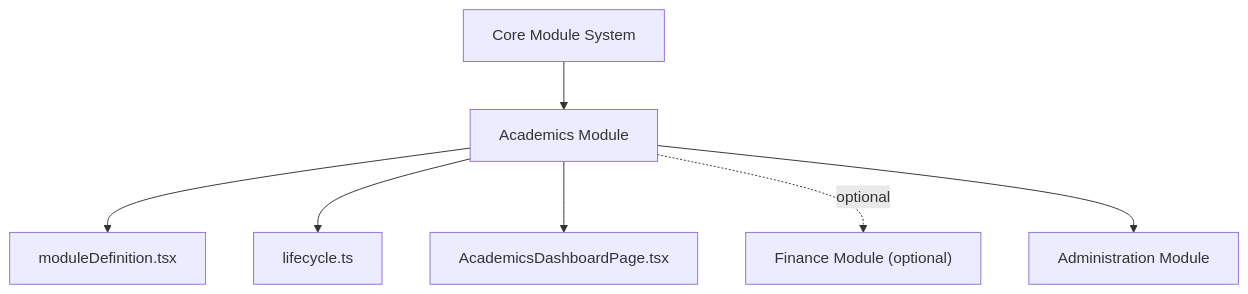
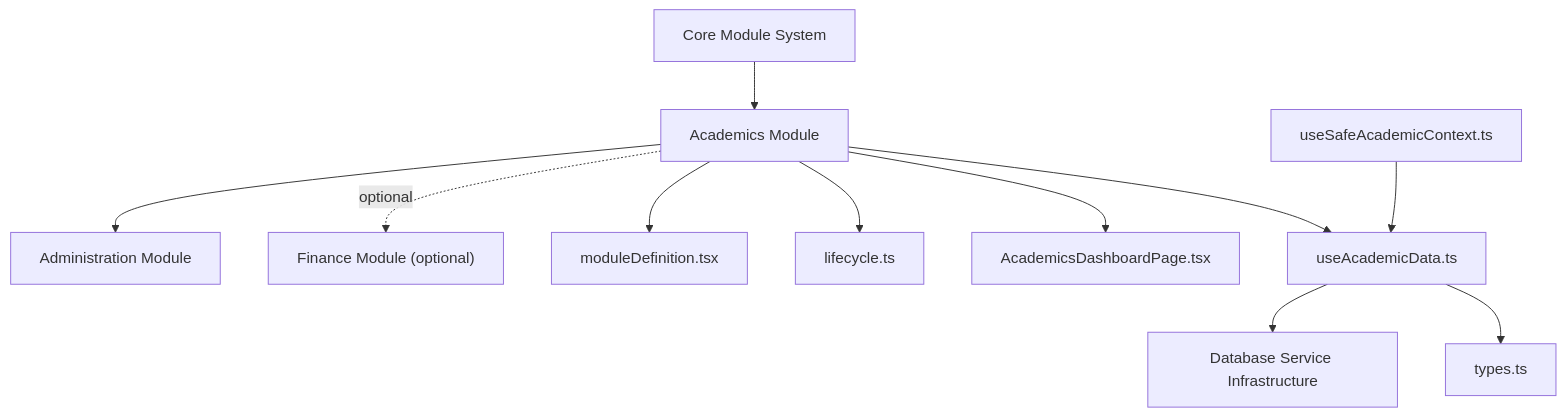
Before and after one commit to geniusdynamics/schoolpilot: the second of 6 diagrams in .qoder/repowiki/en/content/Modules System/Academics Module.md, drawn with Mermaid. The commit also changed other lines of this file and 16 other files, not shown here.

````diff
--- a/.qoder/repowiki/en/content/Modules System/Academics Module.md
+++ b/.qoder/repowiki/en/content/Modules System/Academics Module.md
@@ -70,16 +100,24 @@
 ```mermaid
 graph TB
 Core["Core Module System"]
 Admin["Administration Module"]
 Finance["Finance Module (optional)"]
+DB["Database Service Infrastructure"]
 AM["Academics Module"]
 MD["moduleDefinition.tsx"]
 LC["lifecycle.ts"]
 DP["AcademicsDashboardPage.tsx"]
+DATA["useAcademicData.ts"]
+TYPES["types.ts"]
+SAFE["useSafeAcademicContext.ts"]
 Core --> AM
 AM --> MD
 AM --> LC
 AM --> DP
+AM --> DATA
+DATA --> DB
+DATA --> TYPES
+SAFE --> DATA
 AM -. optional .-> Finance
 AM --> Admin
 ```
````
